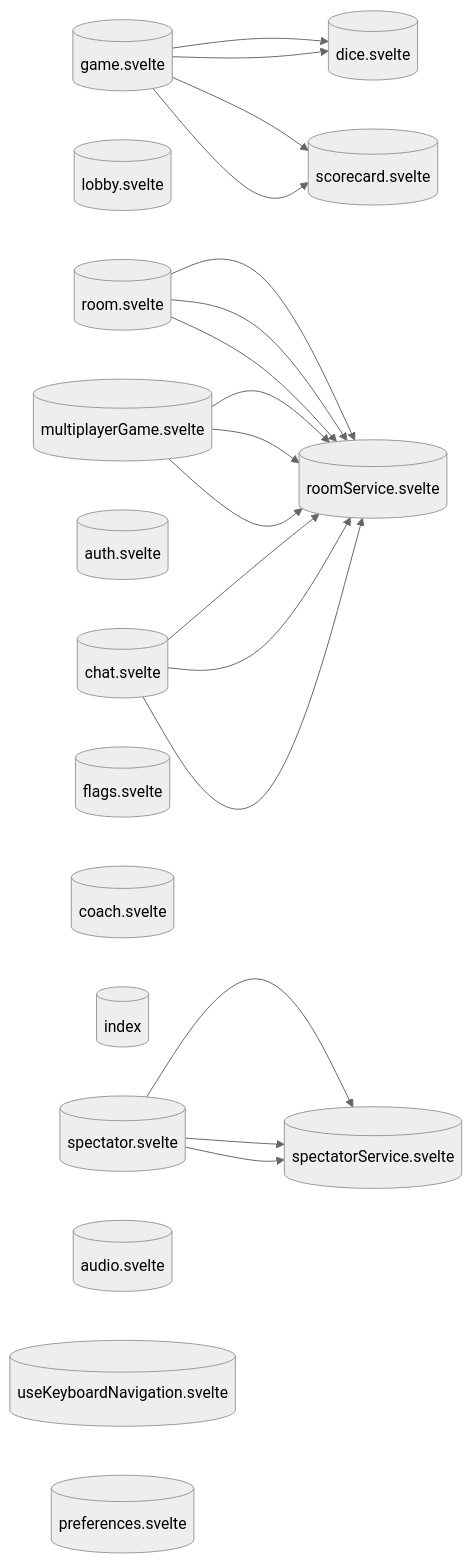
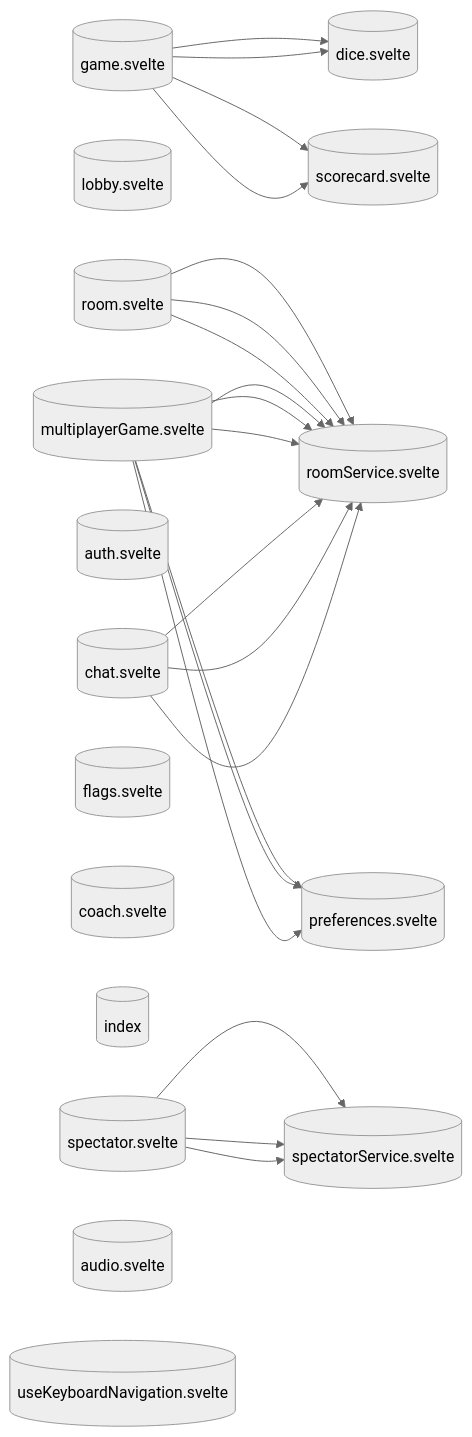
The diagram in docs/architecture/akg/diagrams/STORE_DEPENDENCIES.md (verlyn13/dicee), drawn with Mermaid (neutral theme) before and after one commit. The commit also changed other lines of this file and 9 other files, not shown here.

First line of the commit message:
chore(akg): regenerate graph and diagrams after preferences change

````diff
--- a/docs/architecture/akg/diagrams/STORE_DEPENDENCIES.md
+++ b/docs/architecture/akg/diagrams/STORE_DEPENDENCIES.md
@@ -13,37 +13,40 @@
 ```mermaid
 flowchart LR
     store__game_svelte__tores_game_svelte_ts[("game.svelte")]
     store__lobby_svelte__ores_lobby_svelte_t[("lobby.svelte")]
     store__room_svelte__tores_room_svelte_ts[("room.svelte")]
     store__multiplayerGame_svelte__playerGam[("multiplayerGame.svelte")]
     store__scorecard_svelte___scorecard_svel[("scorecard.svelte")]
     store__dice_svelte__tores_dice_svelte_ts[("dice.svelte")]
     store__auth_svelte__tores_auth_svelte_ts[("auth.svelte")]
     store__spectator_svelte___spectator_svel[("spectator.svelte")]
     store__flags_svelte__ores_flags_svelte_t[("flags.svelte")]
     store__coach_svelte__ores_coach_svelte_t[("coach.svelte")]
     store__index___lib_stores_index_ts[("index")]
     store__chat_svelte__tores_chat_svelte_ts[("chat.svelte")]
     store__audio_svelte__ores_audio_svelte_t[("audio.svelte")]
     store__useKeyboardNavigation_svelte__Nav[("useKeyboardNavigation.svelte")]
     store__preferences_svelte__references_sv[("preferences.svelte")]
     store__spectatorService_svelte__torServi[("spectatorService.svelte")]
     store__roomService_svelte__oomService_sv[("roomService.svelte")]
 
     store__game_svelte__tores_game_svelte_ts --> store__dice_svelte__tores_dice_svelte_ts
     store__game_svelte__tores_game_svelte_ts --> store__scorecard_svelte___scorecard_svel
     store__game_svelte__tores_game_svelte_ts --> store__dice_svelte__tores_dice_svelte_ts
     store__game_svelte__tores_game_svelte_ts --> store__scorecard_svelte___scorecard_svel
     store__room_svelte__tores_room_svelte_ts --> store__roomService_svelte__oomService_sv
     store__room_svelte__tores_room_svelte_ts --> store__roomService_svelte__oomService_sv
     store__room_svelte__tores_room_svelte_ts --> store__roomService_svelte__oomService_sv
+    store__multiplayerGame_svelte__playerGam --> store__preferences_svelte__references_sv
     store__multiplayerGame_svelte__playerGam --> store__roomService_svelte__oomService_sv
+    store__multiplayerGame_svelte__playerGam --> store__preferences_svelte__references_sv
     store__multiplayerGame_svelte__playerGam --> store__roomService_svelte__oomService_sv
+    store__multiplayerGame_svelte__playerGam --> store__preferences_svelte__references_sv
     store__multiplayerGame_svelte__playerGam --> store__roomService_svelte__oomService_sv
     store__spectator_svelte___spectator_svel --> store__spectatorService_svelte__torServi
     store__spectator_svelte___spectator_svel --> store__spectatorService_svelte__torServi
     store__spectator_svelte___spectator_svel --> store__spectatorService_svelte__torServi
     store__chat_svelte__tores_chat_svelte_ts --> store__roomService_svelte__oomService_sv
     store__chat_svelte__tores_chat_svelte_ts --> store__roomService_svelte__oomService_sv
     store__chat_svelte__tores_chat_svelte_ts --> store__roomService_svelte__oomService_sv
 ```
````
